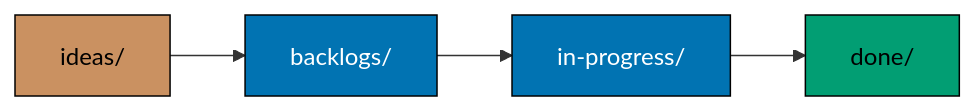
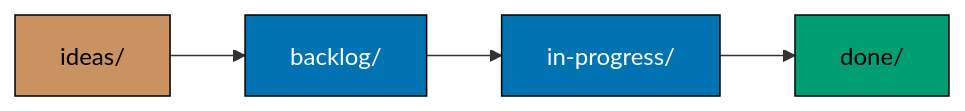
Before and after one commit to wahidyankf/rhino: the diagram in plans/README.md, drawn with Mermaid. The commit also changed other lines of this file and 26 other files, not shown here.

````diff
--- a/plans/README.md
+++ b/plans/README.md
@@ -9,14 +9,14 @@
 ```mermaid
 flowchart LR
-    Ideas["ideas/"] --> Backlogs["backlogs/"]
-    Backlogs --> Active["in-progress/"]
+    Ideas["ideas/"] --> Backlog["backlog/"]
+    Backlog --> Active["in-progress/"]
     Active --> Done["done/"]
 
     classDef rough fill:#CA9161,stroke:#000000,color:#000000
     classDef formal fill:#0173B2,stroke:#000000,color:#FFFFFF
     classDef record fill:#029E73,stroke:#000000,color:#000000
 
     class Ideas rough
-    class Backlogs,Active formal
+    class Backlog,Active formal
     class Done record
 ```
````
